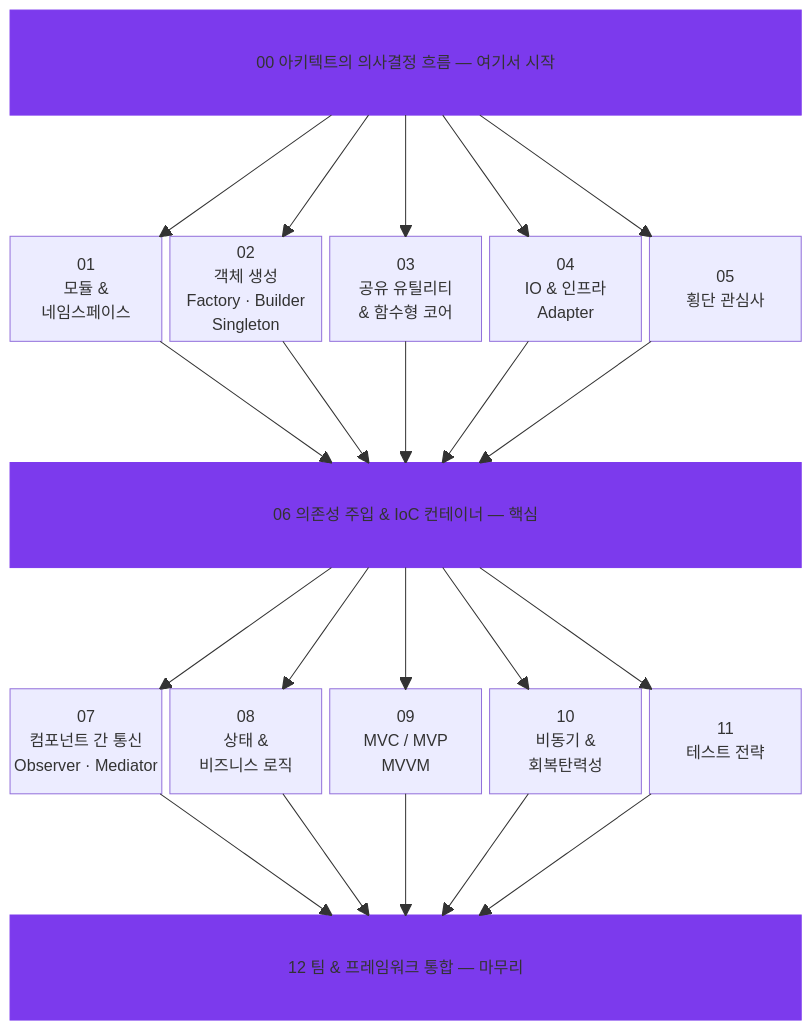
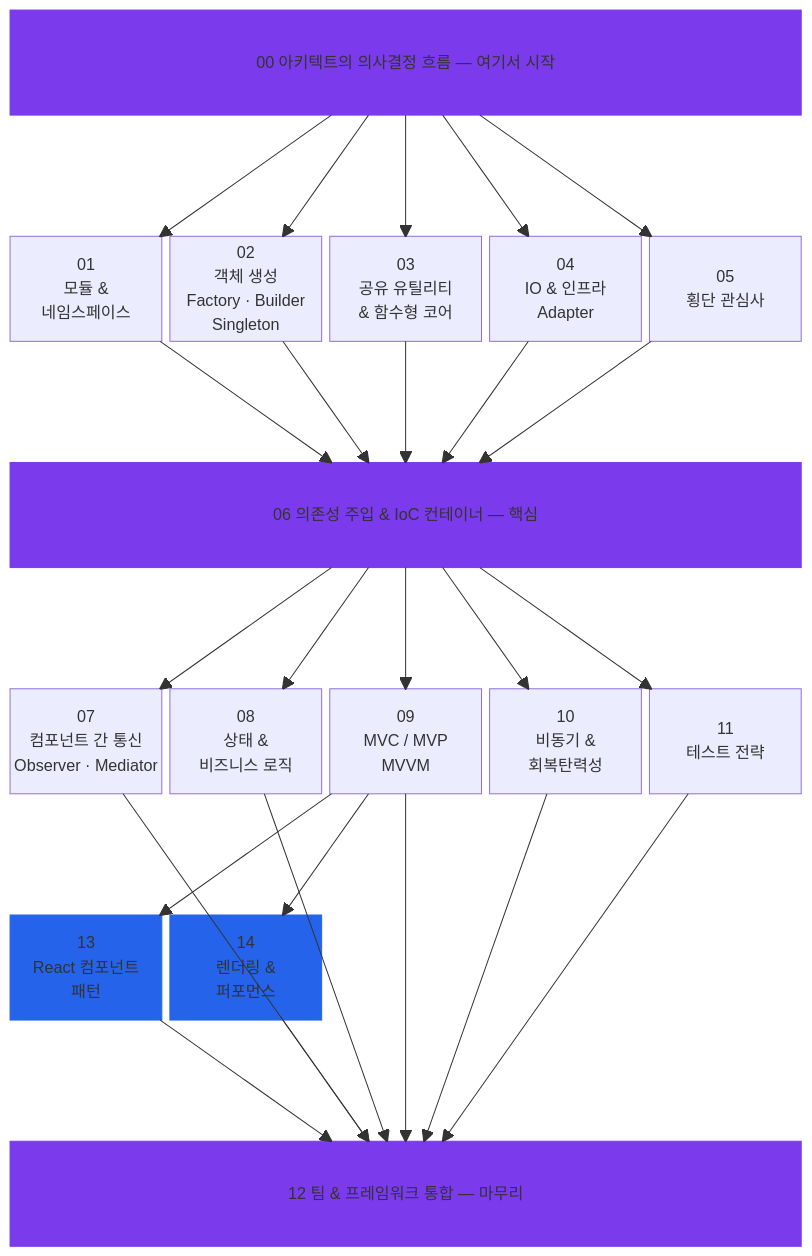
One commit to MattAtAIEra/Learning_JavaScript_Design_Pattern changed the diagram in README_ko.md. Above: the diagram before and after it, drawn with Mermaid. The commit also changed other lines of this file and 21 other files, not shown here.

````diff
--- a/README_ko.md
+++ b/README_ko.md
@@ -69,47 +69,57 @@
 ```mermaid
 block-beta
   columns 5
 
   s00["00 아키텍트의 의사결정 흐름 — 여기서 시작"]:5
   space:5
   s01["01\n모듈 &\n네임스페이스"]
   s02["02\n객체 생성\nFactory · Builder\nSingleton"]
   s03["03\n공유 유틸리티\n& 함수형 코어"]
   s04["04\nIO & 인프라\nAdapter"]
   s05["05\n횡단 관심사"]
   space:5
   s06["06 의존성 주입 & IoC 컨테이너 — 핵심"]:5
   space:5
   s07["07\n컴포넌트 간 통신\nObserver · Mediator"]
   s08["08\n상태 &\n비즈니스 로직"]
   s09["09\nMVC / MVP\nMVVM"]
   s10["10\n비동기 &\n회복탄력성"]
   s11["11\n테스트 전략"]
   space:5
+  s13["13\nReact 컴포넌트\n패턴"]
+  s14["14\n렌더링 &\n퍼포먼스"]
+  space space space
+  space:5
   s12["12 팀 & 프레임워크 통합 — 마무리"]:5
 
   s00 --> s01
   s00 --> s02
   s00 --> s03
   s00 --> s04
   s00 --> s05
   s01 --> s06
   s02 --> s06
   s03 --> s06
   s04 --> s06
   s05 --> s06
   s06 --> s07
   s06 --> s08
   s06 --> s09
   s06 --> s10
   s06 --> s11
+  s09 --> s13
+  s09 --> s14
   s07 --> s12
   s08 --> s12
   s09 --> s12
   s10 --> s12
   s11 --> s12
+  s13 --> s12
+  s14 --> s12
 
   style s00 fill:#7c3aed,color:#fff,stroke:#7c3aed
   style s06 fill:#7c3aed,color:#fff,stroke:#7c3aed
   style s12 fill:#7c3aed,color:#fff,stroke:#7c3aed
+  style s13 fill:#2563eb,color:#fff,stroke:#2563eb
+  style s14 fill:#2563eb,color:#fff,stroke:#2563eb
 ```
````
